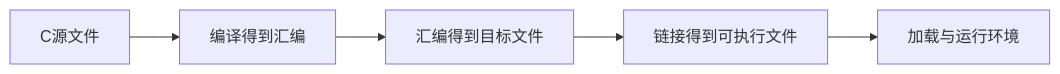
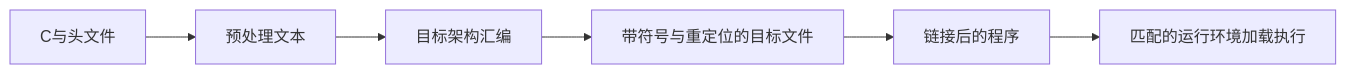
The diagram in content/computer-organization-riscv/source/18-C语言入门与编译链接.md (Lumner/zhixu), drawn with Mermaid before and after one commit. The commit also changed other lines of this file and 633 other files, not shown here.

````diff
--- a/content/computer-organization-riscv/source/18-C语言入门与编译链接.md
+++ b/content/computer-organization-riscv/source/18-C语言入门与编译链接.md
@@ -33,7 +195,8 @@
 ```mermaid
 flowchart LR
-  A[C源文件] --> B[编译得到汇编]
-  B --> C[汇编得到目标文件]
-  C --> D[链接得到可执行文件]
-  D --> E[加载与运行环境]
+  A[C与头文件] --> B[预处理文本]
+  B --> C[目标架构汇编]
+  C --> D[带符号与重定位的目标文件]
+  D --> E[链接后的程序]
+  E --> F[匹配的运行环境加载执行]
 ```
````
